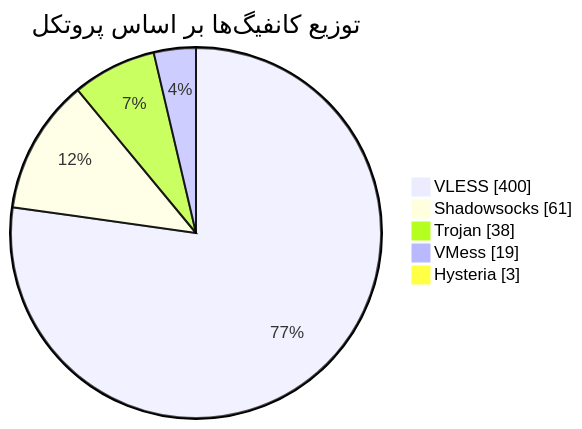
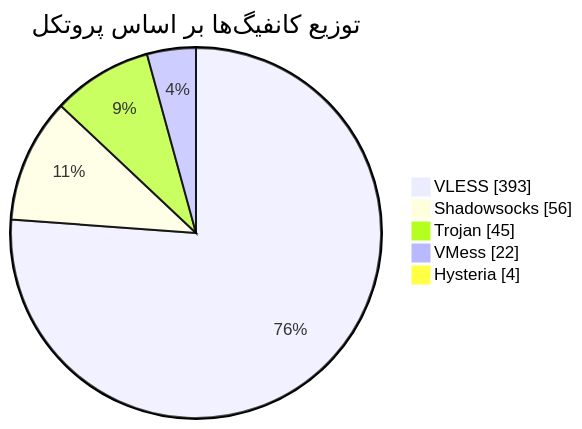
The diagram in README.md (Arian-Alijani/Somthing), drawn with Mermaid before and after one commit. The commit also changed other lines of this file and 83 other files, not shown here.

````diff
--- a/README.md
+++ b/README.md
@@ -47,9 +47,9 @@
 ```mermaid
 pie showData
     title توزیع کانفیگ‌ها بر اساس پروتکل
-    "VLESS" : 400
-    "Shadowsocks" : 61
-    "Trojan" : 38
-    "VMess" : 19
-    "Hysteria" : 3
+    "VLESS" : 393
+    "Shadowsocks" : 56
+    "Trojan" : 45
+    "VMess" : 22
+    "Hysteria" : 4
 ```
````
